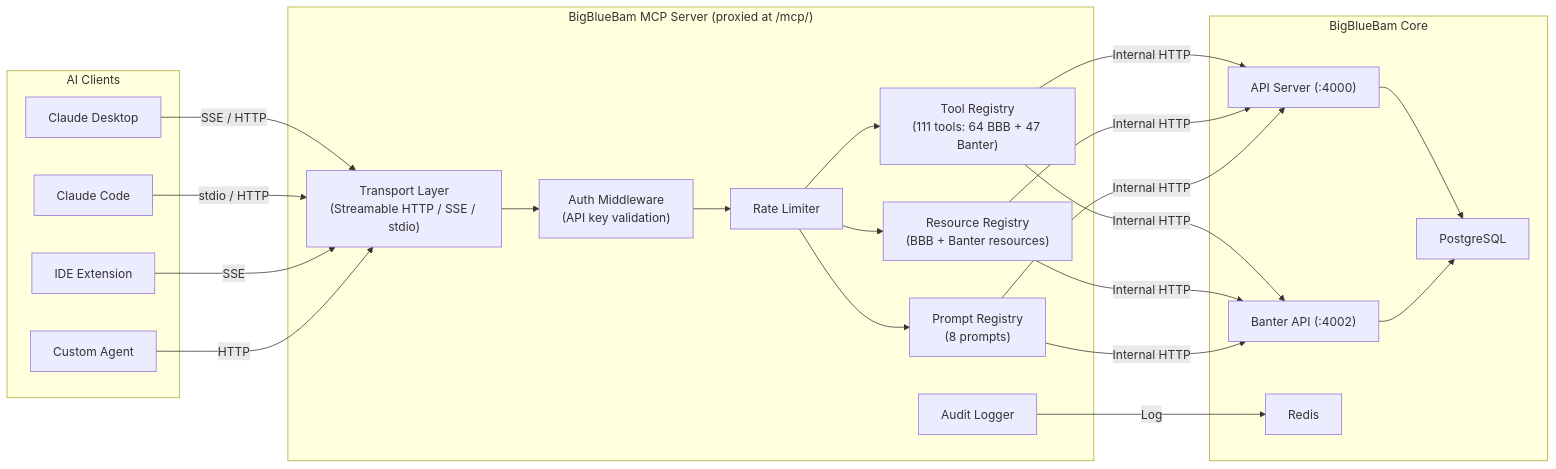
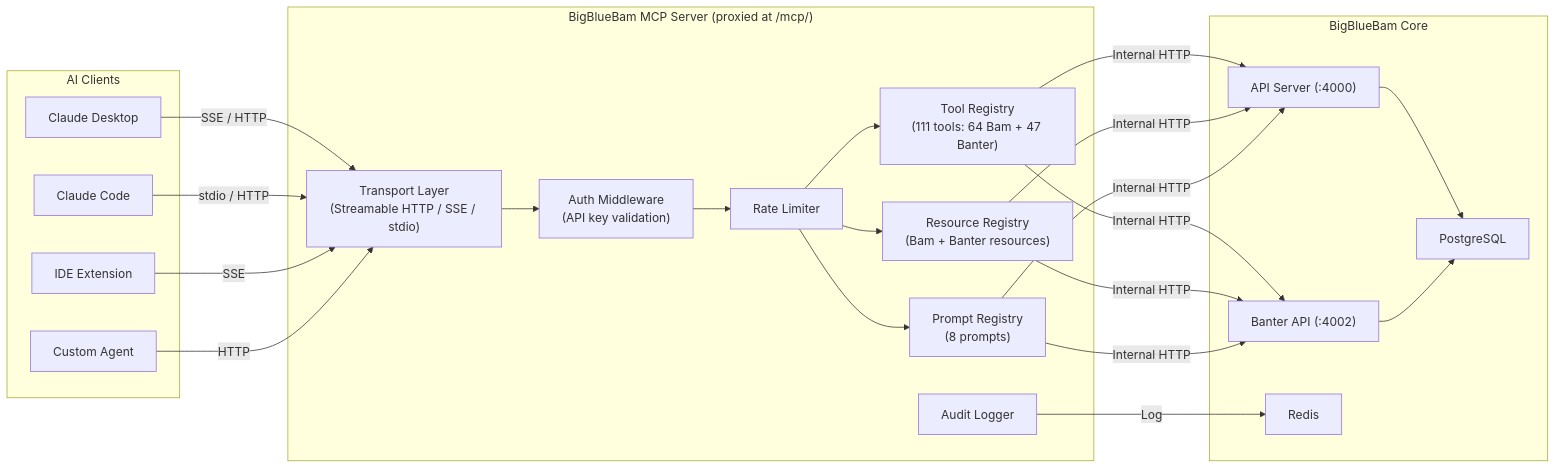
Before and after one commit to leith-bartrich/BigBlueBam: the first of 4 diagrams in docs/mcp-server.md, drawn with Mermaid. The commit also changed other lines of this file and 4 other files, not shown here.

Commit message:
docs: rebrand Kanban app references from BBB to Bam

````diff
--- a/docs/mcp-server.md
+++ b/docs/mcp-server.md
@@ -23,47 +23,47 @@
 ```mermaid
 graph LR
     subgraph "AI Clients"
         Claude["Claude Desktop"]
         Code["Claude Code"]
         IDE["IDE Extension"]
         Agent["Custom Agent"]
     end
 
     subgraph "BigBlueBam MCP Server (proxied at /mcp/)"
         Transport["Transport Layer<br/>(Streamable HTTP / SSE / stdio)"]
         Auth["Auth Middleware<br/>(API key validation)"]
         Rate["Rate Limiter"]
         Audit["Audit Logger"]
-        Tools["Tool Registry<br/>(111 tools: 64 BBB + 47 Banter)"]
-        Resources["Resource Registry<br/>(BBB + Banter resources)"]
+        Tools["Tool Registry<br/>(111 tools: 64 Bam + 47 Banter)"]
+        Resources["Resource Registry<br/>(Bam + Banter resources)"]
         Prompts["Prompt Registry<br/>(8 prompts)"]
     end
 
     subgraph "BigBlueBam Core"
         API["API Server (:4000)"]
         BanterAPI["Banter API (:4002)"]
         DB["PostgreSQL"]
         Redis["Redis"]
     end
 
     Claude -->|"SSE / HTTP"| Transport
     Code -->|"stdio / HTTP"| Transport
     IDE -->|"SSE"| Transport
     Agent -->|"HTTP"| Transport
 
     Transport --> Auth
     Auth --> Rate
     Rate --> Tools
     Rate --> Resources
     Rate --> Prompts
 
     Tools -->|"Internal HTTP"| API
     Tools -->|"Internal HTTP"| BanterAPI
     Resources -->|"Internal HTTP"| API
     Resources -->|"Internal HTTP"| BanterAPI
     Prompts -->|"Internal HTTP"| API
     Prompts -->|"Internal HTTP"| BanterAPI
     Audit -->|"Log"| Redis
     API --> DB
     BanterAPI --> DB
 ```
````
